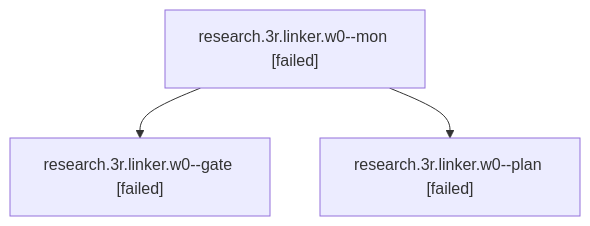
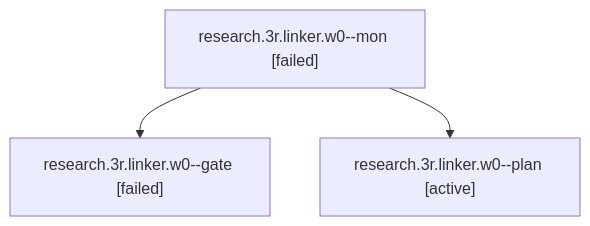
The diagram in sessions/bbugyi200.athena.research.3r.linker.w0.md (bobs-org/bob-cli--agents), drawn with Mermaid before and after one commit. The commit also changed other lines of this file and 221 other files, not shown here.

````diff
--- a/sessions/bbugyi200.athena.research.3r.linker.w0.md
+++ b/sessions/bbugyi200.athena.research.3r.linker.w0.md
@@ -9,8 +9,8 @@
 ```mermaid
 flowchart TD
   n0["research.3r.linker.w0--mon [failed]"]
   n1["research.3r.linker.w0--gate [failed]"]
   n0 --> n1
-  n2["research.3r.linker.w0--plan [failed]"]
+  n2["research.3r.linker.w0--plan [active]"]
   n0 --> n2
 ```
````
